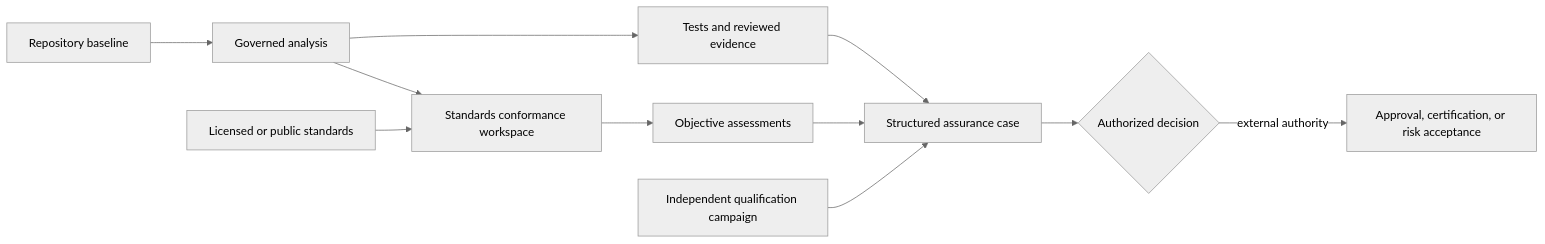
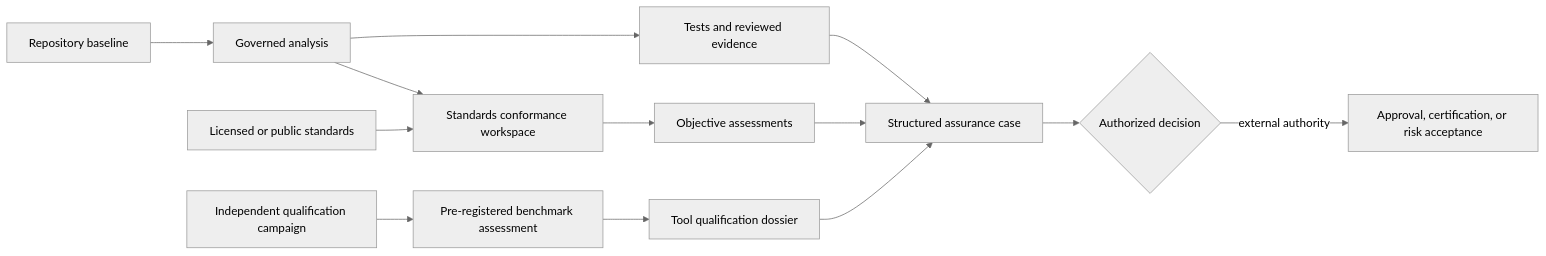
One commit to willtran87/project-py-sfmea changed the first of 3 diagrams in docs/INDUSTRY_ASSURANCE.md. Above: the diagram before and after it, drawn with Mermaid (neutral theme). The commit also changed other lines of this file and 19 other files, not shown here.

````diff
--- a/docs/INDUSTRY_ASSURANCE.md
+++ b/docs/INDUSTRY_ASSURANCE.md
@@ -12,13 +13,15 @@
 ```mermaid
 flowchart LR
     R["Repository baseline"] --> A["Governed analysis"]
     A --> C["Standards conformance workspace"]
     S["Licensed or public standards"] --> C
     C --> O["Objective assessments"]
     A --> E["Tests and reviewed evidence"]
     E --> AC["Structured assurance case"]
     O --> AC
-    Q["Independent qualification campaign"] --> AC
+    Q["Independent qualification campaign"] --> B["Pre-registered benchmark assessment"]
+    B --> TQ["Tool qualification dossier"]
+    TQ --> AC
     AC --> D{"Authorized decision"}
     D -->|external authority| X["Approval, certification, or risk acceptance"]
 ```
````
